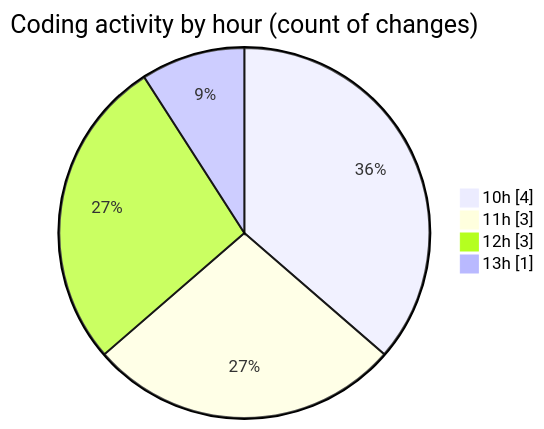
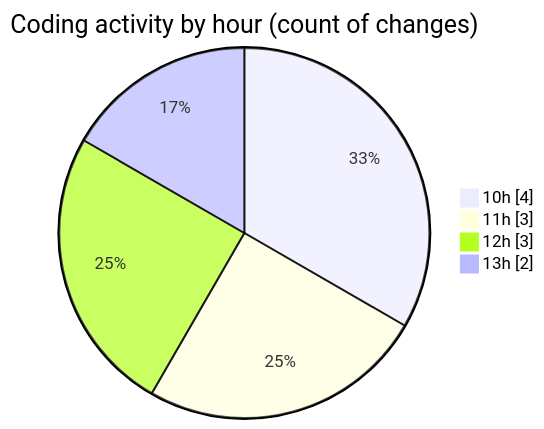
One commit to momahboobian/code-tracking changed the second of 2 diagrams in 2025-11-28/cda/README.md. Above: the diagram before and after it, drawn with Mermaid. The commit also changed other lines of this file and 1 other file, not shown here.

````diff
--- a/2025-11-28/cda/README.md
+++ b/2025-11-28/cda/README.md
@@ -35,8 +36,8 @@
 ```mermaid
 pie showData
 title Coding activity by hour (count of changes)
 "10h" : 4
 "11h" : 3
 "12h" : 3
-"13h" : 1
+"13h" : 2
 ```
````
